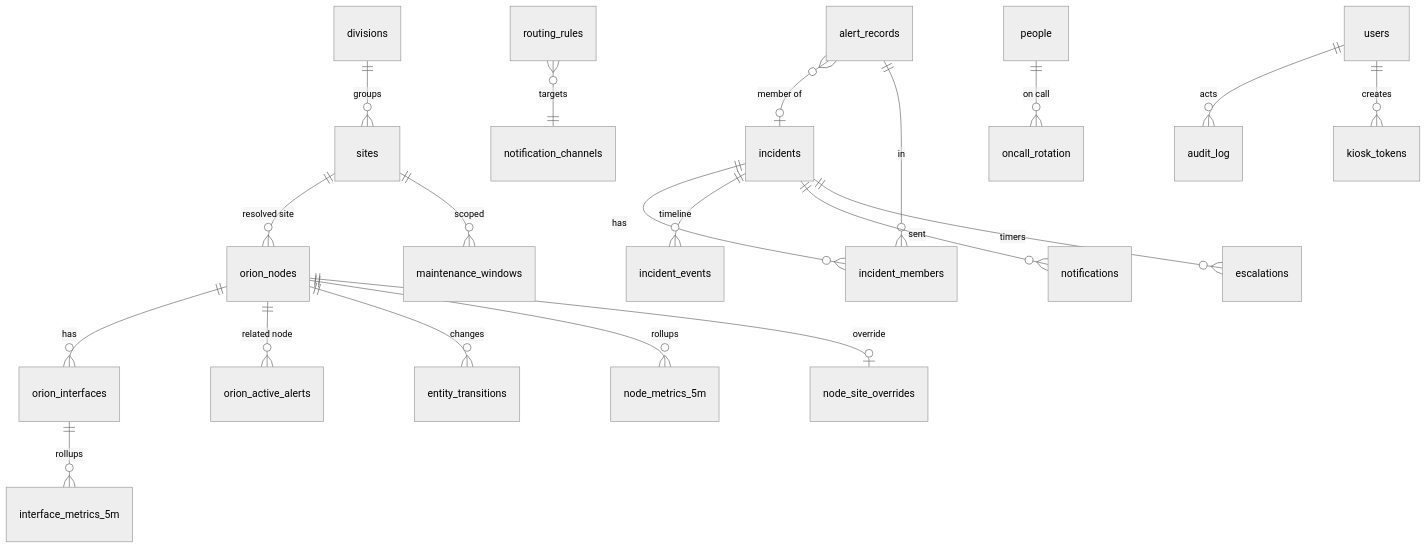
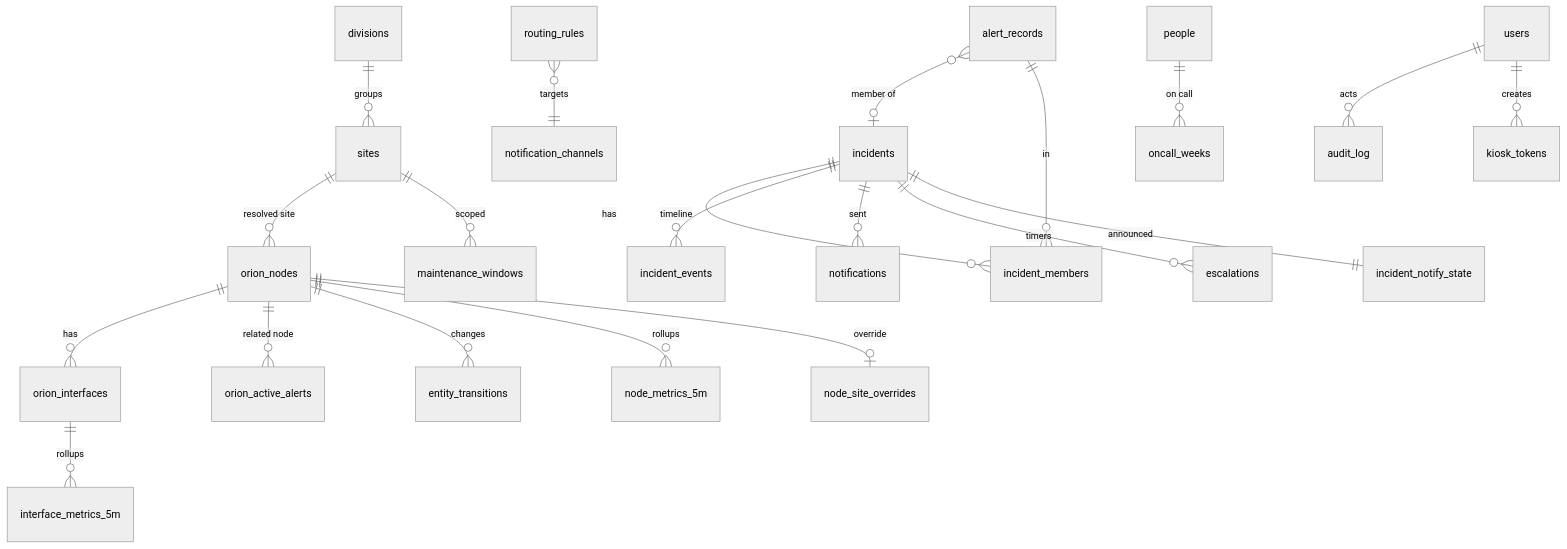
Before and after one commit to farmera2005/MercerAlertService: the diagram in docs/schema.md, drawn with Mermaid (neutral theme). The commit also changed other lines of this file and 68 other files, not shown here.

First line of the commit message:
feat(notify): Teams, SMS and push with on-call escalation and shadow mode (M4)

````diff
--- a/docs/schema.md
+++ b/docs/schema.md
@@ -22,22 +22,23 @@
 ```mermaid
 erDiagram
   divisions ||--o{ sites : groups
   sites ||--o{ orion_nodes : "resolved site"
   orion_nodes ||--o{ orion_interfaces : has
   orion_nodes ||--o{ orion_active_alerts : "related node"
   orion_nodes ||--o{ entity_transitions : changes
   orion_nodes ||--o{ node_metrics_5m : rollups
   orion_interfaces ||--o{ interface_metrics_5m : rollups
   orion_nodes ||--o| node_site_overrides : override
   alert_records }o--o| incidents : "member of"
   incidents ||--o{ incident_members : has
   alert_records ||--o{ incident_members : in
   incidents ||--o{ incident_events : timeline
   incidents ||--o{ notifications : sent
   incidents ||--o{ escalations : timers
   routing_rules }o--|| notification_channels : targets
-  people ||--o{ oncall_rotation : "on call"
+  people ||--o{ oncall_weeks : "on call"
+  incidents ||--|| incident_notify_state : announced
   users ||--o{ audit_log : acts
   users ||--o{ kiosk_tokens : creates
   sites ||--o{ maintenance_windows : scoped
 ```
````
